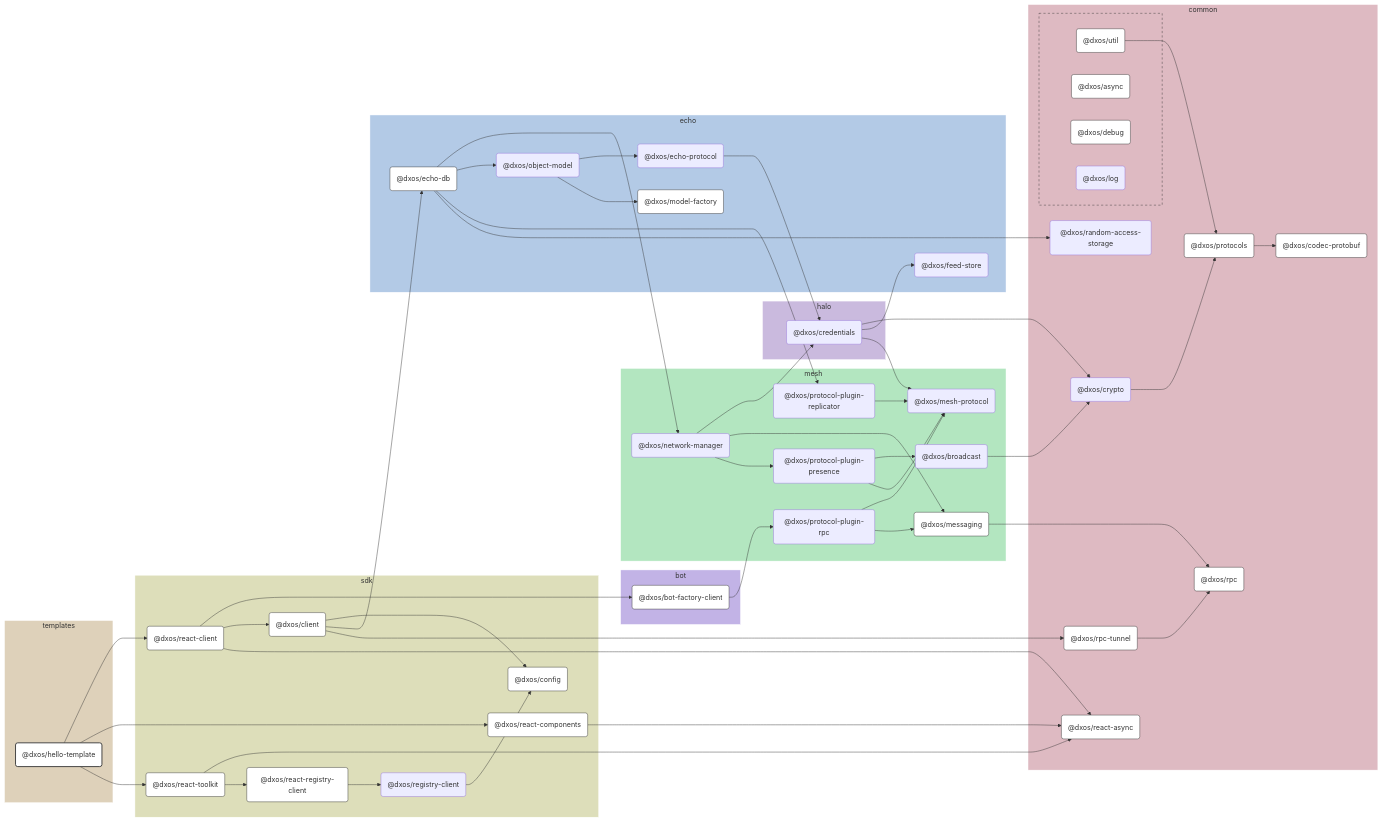
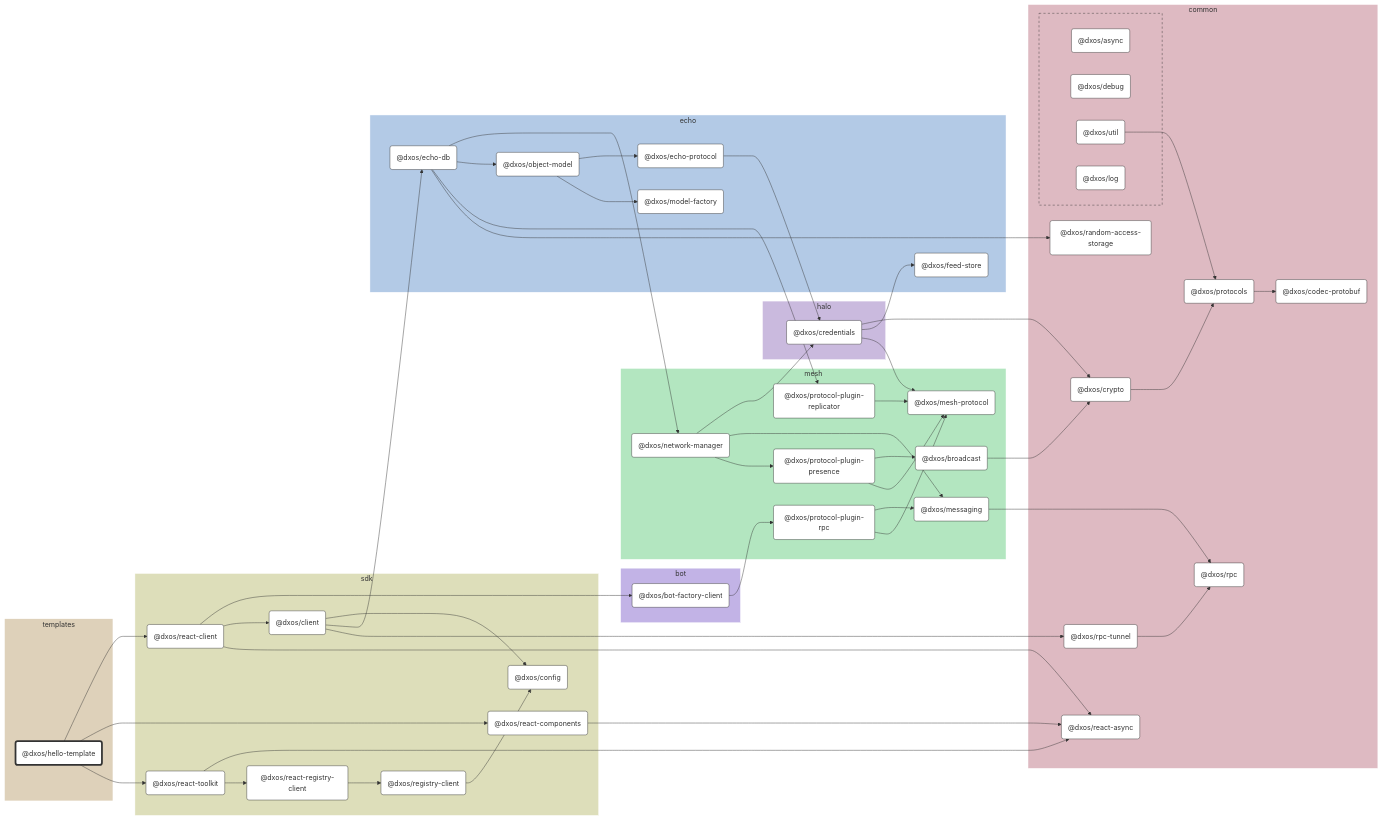
Before and after one commit to dxos/dxos: the diagram in apps/templates/hello/docs/README.md, drawn with Mermaid. The commit also changed other lines of this file and 104 other files, not shown here.

````diff
--- a/apps/templates/hello/docs/README.md
+++ b/apps/templates/hello/docs/README.md
@@ -9,165 +9,149 @@
 
 flowchart LR
 
-%% Links
-dxos/bot-factory-client --> dxos/protocol-plugin-rpc;
-dxos/broadcast --> dxos/crypto;
-dxos/client --> dxos/config;
-dxos/client --> dxos/echo-db;
-dxos/client --> dxos/rpc-tunnel;
-dxos/credentials --> dxos/crypto;
-dxos/credentials --> dxos/feed-store;
-dxos/credentials --> dxos/mesh-protocol;
-dxos/crypto --> dxos/protocols;
-dxos/echo-db --> dxos/network-manager;
-dxos/echo-db --> dxos/object-model;
-dxos/echo-db --> dxos/protocol-plugin-replicator;
-dxos/echo-db --> dxos/random-access-storage;
-dxos/echo-protocol --> dxos/credentials;
-dxos/hello-template --> dxos/react-client;
-dxos/hello-template --> dxos/react-components;
-dxos/hello-template --> dxos/react-toolkit;
-dxos/messaging --> dxos/rpc;
-dxos/network-manager --> dxos/credentials;
-dxos/network-manager --> dxos/messaging;
-dxos/network-manager --> dxos/protocol-plugin-presence;
-dxos/object-model --> dxos/echo-protocol;
-dxos/object-model --> dxos/model-factory;
-dxos/protocol-plugin-presence --> dxos/broadcast;
-dxos/protocol-plugin-presence --> dxos/mesh-protocol;
-dxos/protocol-plugin-replicator --> dxos/mesh-protocol;
-dxos/protocol-plugin-rpc --> dxos/mesh-protocol;
-dxos/protocol-plugin-rpc --> dxos/messaging;
-dxos/protocols --> dxos/codec-protobuf;
-dxos/react-client --> dxos/bot-factory-client;
-dxos/react-client --> dxos/client;
-dxos/react-client --> dxos/react-async;
-dxos/react-components --> dxos/react-async;
-dxos/react-registry-client --> dxos/registry-client;
-dxos/react-toolkit --> dxos/react-async;
-dxos/react-toolkit --> dxos/react-registry-client;
-dxos/registry-client --> dxos/config;
-dxos/rpc-tunnel --> dxos/rpc;
-dxos/util --> dxos/protocols;
+%% Classes
+classDef def fill:#fff,stroke:#333,stroke-width:1px
+classDef root fill:#fff,stroke:#333,stroke-width:4px
 
-%% Sections
-subgraph templates
-  style templates fill:#ded1ba,stroke:#fff;
+%% Nodes
 
-  dxos/hello-template("@dxos/hello-template")
+subgraph templates [templates]
+  style templates fill:#ded1ba,stroke:#fff
+  dxos/hello-template("@dxos/hello-template"):::root
+  click dxos/hello-template "dxos/dxos/tree/main/apps/templates/hello/docs"
 end
 
-subgraph sdk
-  style sdk fill:#dddeba,stroke:#fff;
-
-  dxos/client("@dxos/client")
-  dxos/config("@dxos/config")
-  dxos/react-client("@dxos/react-client")
-  dxos/react-components("@dxos/react-components")
-  dxos/react-registry-client("@dxos/react-registry-client")
-  dxos/react-toolkit("@dxos/react-toolkit")
-  dxos/registry-client("@dxos/registry-client")
+subgraph sdk [sdk]
+  style sdk fill:#dddeba,stroke:#fff
+  dxos/client("@dxos/client"):::def
+  click dxos/client "dxos/dxos/tree/main/packages/sdk/client/docs"
+  dxos/config("@dxos/config"):::def
+  click dxos/config "dxos/dxos/tree/main/packages/sdk/config/docs"
+  dxos/react-client("@dxos/react-client"):::def
+  click dxos/react-client "dxos/dxos/tree/main/packages/sdk/react-client/docs"
+  dxos/react-components("@dxos/react-components"):::def
+  click dxos/react-components "dxos/dxos/tree/main/packages/sdk/react-components/docs"
+  dxos/react-toolkit("@dxos/react-toolkit"):::def
+  click dxos/react-toolkit "dxos/dxos/tree/main/packages/sdk/react-toolkit/docs"
+  dxos/react-registry-client("@dxos/react-registry-client"):::def
+  click dxos/react-registry-client "dxos/dxos/tree/main/packages/sdk/react-registry-client/docs"
+  dxos/registry-client("@dxos/registry-client"):::def
+  click dxos/registry-client "dxos/dxos/tree/main/packages/sdk/registry-client/docs"
 end
 
-subgraph common
-  style common fill:#debac2,stroke:#fff;
-
-  dxos/codec-protobuf("@dxos/codec-protobuf")
-  dxos/crypto("@dxos/crypto")
-  dxos/protocols("@dxos/protocols")
-  dxos/random-access-storage("@dxos/random-access-storage")
-  dxos/react-async("@dxos/react-async")
-  dxos/rpc("@dxos/rpc")
-  dxos/rpc-tunnel("@dxos/rpc-tunnel")
+subgraph common [common]
+  style common fill:#debac2,stroke:#fff
+  dxos/codec-protobuf("@dxos/codec-protobuf"):::def
+  click dxos/codec-protobuf "dxos/dxos/tree/main/packages/common/codec-protobuf/docs"
+  dxos/protocols("@dxos/protocols"):::def
+  click dxos/protocols "dxos/dxos/tree/main/packages/common/protocols/docs"
+  dxos/crypto("@dxos/crypto"):::def
+  click dxos/crypto "dxos/dxos/tree/main/packages/common/crypto/docs"
+  dxos/rpc("@dxos/rpc"):::def
+  click dxos/rpc "dxos/dxos/tree/main/packages/common/rpc/docs"
+  dxos/random-access-storage("@dxos/random-access-storage"):::def
+  click dxos/random-access-storage "dxos/dxos/tree/main/packages/common/random-access-storage/docs"
+  dxos/rpc-tunnel("@dxos/rpc-tunnel"):::def
+  click dxos/rpc-tunnel "dxos/dxos/tree/main/packages/common/rpc-tunnel/docs"
+  dxos/react-async("@dxos/react-async"):::def
+  click dxos/react-async "dxos/dxos/tree/main/packages/common/react-async/docs"
 
   subgraph common-excluded [ ]
-    style common-excluded fill:#debac2,stroke:#333,stroke-dasharray:5 5;
-
-    dxos/async("@dxos/async")
-    dxos/debug("@dxos/debug")
-    dxos/log("@dxos/log")
-    dxos/util("@dxos/util")
+    style common-excluded fill:#debac2,stroke:#333,stroke-dasharray:5 5
+    dxos/async("@dxos/async"):::def
+    click dxos/async "dxos/dxos/tree/main/packages/common/async/docs"
+    dxos/debug("@dxos/debug"):::def
+    click dxos/debug "dxos/dxos/tree/main/packages/common/debug/docs"
+    dxos/util("@dxos/util"):::def
+    click dxos/util "dxos/dxos/tree/main/packages/common/util/docs"
+    dxos/log("@dxos/log"):::def
+    click dxos/log "dxos/dxos/tree/main/packages/common/log/docs"
   end
 end
 
-subgraph echo
-  style echo fill:#b3cae6,stroke:#fff;
-
-  dxos/echo-db("@dxos/echo-db")
-  dxos/echo-protocol("@dxos/echo-protocol")
-  dxos/feed-store("@dxos/feed-store")
-  dxos/model-factory("@dxos/model-factory")
-  dxos/object-model("@dxos/object-model")
+subgraph echo [echo]
+  style echo fill:#b3cae6,stroke:#fff
+  dxos/echo-db("@dxos/echo-db"):::def
+  click dxos/echo-db "dxos/dxos/tree/main/packages/echo/echo-db/docs"
+  dxos/feed-store("@dxos/feed-store"):::def
+  click dxos/feed-store "dxos/dxos/tree/main/packages/echo/feed-store/docs"
+  dxos/echo-protocol("@dxos/echo-protocol"):::def
+  click dxos/echo-protocol "dxos/dxos/tree/main/packages/echo/echo-protocol/docs"
+  dxos/model-factory("@dxos/model-factory"):::def
+  click dxos/model-factory "dxos/dxos/tree/main/packages/echo/model-factory/docs"
+  dxos/object-model("@dxos/object-model"):::def
+  click dxos/object-model "dxos/dxos/tree/main/packages/echo/object-model/docs"
 end
 
-subgraph halo
-  style halo fill:#cabade,stroke:#fff;
-
-  dxos/credentials("@dxos/credentials")
+subgraph halo [halo]
+  style halo fill:#cabade,stroke:#fff
+  dxos/credentials("@dxos/credentials"):::def
+  click dxos/credentials "dxos/dxos/tree/main/packages/halo/credentials/docs"
 end
 
-subgraph mesh
-  style mesh fill:#b3e6c0,stroke:#fff;
-
-  dxos/broadcast("@dxos/broadcast")
-  dxos/mesh-protocol("@dxos/mesh-protocol")
-  dxos/messaging("@dxos/messaging")
-  dxos/network-manager("@dxos/network-manager")
-  dxos/protocol-plugin-presence("@dxos/protocol-plugin-presence")
-  dxos/protocol-plugin-replicator("@dxos/protocol-plugin-replicator")
-  dxos/protocol-plugin-rpc("@dxos/protocol-plugin-rpc")
+subgraph mesh [mesh]
+  style mesh fill:#b3e6c0,stroke:#fff
+  dxos/mesh-protocol("@dxos/mesh-protocol"):::def
+  click dxos/mesh-protocol "dxos/dxos/tree/main/packages/mesh/mesh-protocol/docs"
+  dxos/messaging("@dxos/messaging"):::def
+  click dxos/messaging "dxos/dxos/tree/main/packages/mesh/messaging/docs"
+  dxos/network-manager("@dxos/network-manager"):::def
+  click dxos/network-manager "dxos/dxos/tree/main/packages/mesh/network-manager/docs"
+  dxos/protocol-plugin-presence("@dxos/protocol-plugin-presence"):::def
+  click dxos/protocol-plugin-presence "dxos/dxos/tree/main/packages/mesh/protocol-plugin-presence/docs"
+  dxos/broadcast("@dxos/broadcast"):::def
+  click dxos/broadcast "dxos/dxos/tree/main/packages/mesh/broadcast/docs"
+  dxos/protocol-plugin-replicator("@dxos/protocol-plugin-replicator"):::def
+  click dxos/protocol-plugin-replicator "dxos/dxos/tree/main/packages/mesh/protocol-plugin-replicator/docs"
+  dxos/protocol-plugin-rpc("@dxos/protocol-plugin-rpc"):::def
+  click dxos/protocol-plugin-rpc "dxos/dxos/tree/main/packages/mesh/protocol-plugin-rpc/docs"
 end
 
-subgraph bot
-  style bot fill:#c2b3e6,stroke:#fff;
-
-  dxos/bot-factory-client("@dxos/bot-factory-client")
+subgraph bot [bot]
+  style bot fill:#c2b3e6,stroke:#fff
+  dxos/bot-factory-client("@dxos/bot-factory-client"):::def
+  click dxos/bot-factory-client "dxos/dxos/tree/main/packages/bot/bot-factory-client/docs"
 end
 
-
-%% Hyperlinks
-click dxos/async "dxos/dxos/tree/main/packages/common/async/docs";
-click dxos/bot-factory-client "dxos/dxos/tree/main/packages/bot/bot-factory-client/docs";
-click dxos/client "dxos/dxos/tree/main/packages/sdk/client/docs";
-click dxos/codec-protobuf "dxos/dxos/tree/main/packages/common/codec-protobuf/docs";
-click dxos/config "dxos/dxos/tree/main/packages/sdk/config/docs";
-click dxos/debug "dxos/dxos/tree/main/packages/common/debug/docs";
-click dxos/echo-db "dxos/dxos/tree/main/packages/echo/echo-db/docs";
-click dxos/messaging "dxos/dxos/tree/main/packages/mesh/messaging/docs";
-click dxos/model-factory "dxos/dxos/tree/main/packages/echo/model-factory/docs";
-click dxos/protocols "dxos/dxos/tree/main/packages/common/protocols/docs";
-click dxos/react-async "dxos/dxos/tree/main/packages/common/react-async/docs";
-click dxos/react-client "dxos/dxos/tree/main/packages/sdk/react-client/docs";
-click dxos/react-components "dxos/dxos/tree/main/packages/sdk/react-components/docs";
-click dxos/react-registry-client "dxos/dxos/tree/main/packages/sdk/react-registry-client/docs";
-click dxos/react-toolkit "dxos/dxos/tree/main/packages/sdk/react-toolkit/docs";
-click dxos/rpc "dxos/dxos/tree/main/packages/common/rpc/docs";
-click dxos/rpc-tunnel "dxos/dxos/tree/main/packages/common/rpc-tunnel/docs";
-click dxos/util "dxos/dxos/tree/main/packages/common/util/docs";
-
-%% Styles
-classDef rootNode fill:#fff,stroke:#333,stroke-width:2px
-classDef defaultNode fill:#fff,stroke:#333,stroke-width:1px
+%% Links
 linkStyle default stroke:#333,stroke-width:1px
-
-dxos/hello-template:::rootNode
-
-dxos/async:::defaultNode
-dxos/bot-factory-client:::defaultNode
-dxos/client:::defaultNode
-dxos/codec-protobuf:::defaultNode
-dxos/config:::defaultNode
-dxos/debug:::defaultNode
-dxos/echo-db:::defaultNode
-dxos/messaging:::defaultNode
-dxos/model-factory:::defaultNode
-dxos/protocols:::defaultNode
-dxos/react-async:::defaultNode
-dxos/react-client:::defaultNode
-dxos/react-components:::defaultNode
-dxos/react-registry-client:::defaultNode
-dxos/react-toolkit:::defaultNode
-dxos/rpc:::defaultNode
-dxos/rpc-tunnel:::defaultNode
-dxos/util:::defaultNode
+dxos/client --> dxos/config
+dxos/protocols --> dxos/codec-protobuf
+dxos/util --> dxos/protocols
+dxos/client --> dxos/echo-db
+dxos/credentials --> dxos/crypto
+dxos/crypto --> dxos/protocols
+dxos/credentials --> dxos/feed-store
+dxos/credentials --> dxos/mesh-protocol
+dxos/echo-protocol --> dxos/credentials
+dxos/messaging --> dxos/rpc
+dxos/echo-db --> dxos/network-manager
+dxos/network-manager --> dxos/credentials
+dxos/network-manager --> dxos/messaging
+dxos/network-manager --> dxos/protocol-plugin-presence
+dxos/protocol-plugin-presence --> dxos/broadcast
+dxos/broadcast --> dxos/crypto
+dxos/protocol-plugin-presence --> dxos/mesh-protocol
+dxos/echo-db --> dxos/object-model
+dxos/object-model --> dxos/echo-protocol
+dxos/object-model --> dxos/model-factory
+dxos/echo-db --> dxos/protocol-plugin-replicator
+dxos/protocol-plugin-replicator --> dxos/mesh-protocol
+dxos/echo-db --> dxos/random-access-storage
+dxos/client --> dxos/rpc-tunnel
+dxos/rpc-tunnel --> dxos/rpc
+dxos/hello-template --> dxos/react-client
+dxos/react-client --> dxos/bot-factory-client
+dxos/bot-factory-client --> dxos/protocol-plugin-rpc
+dxos/protocol-plugin-rpc --> dxos/messaging
+dxos/protocol-plugin-rpc --> dxos/mesh-protocol
+dxos/react-client --> dxos/client
+dxos/react-client --> dxos/react-async
+dxos/hello-template --> dxos/react-components
+dxos/react-components --> dxos/react-async
+dxos/hello-template --> dxos/react-toolkit
+dxos/react-toolkit --> dxos/react-async
+dxos/react-toolkit --> dxos/react-registry-client
+dxos/react-registry-client --> dxos/registry-client
+dxos/registry-client --> dxos/config
 ```
````
